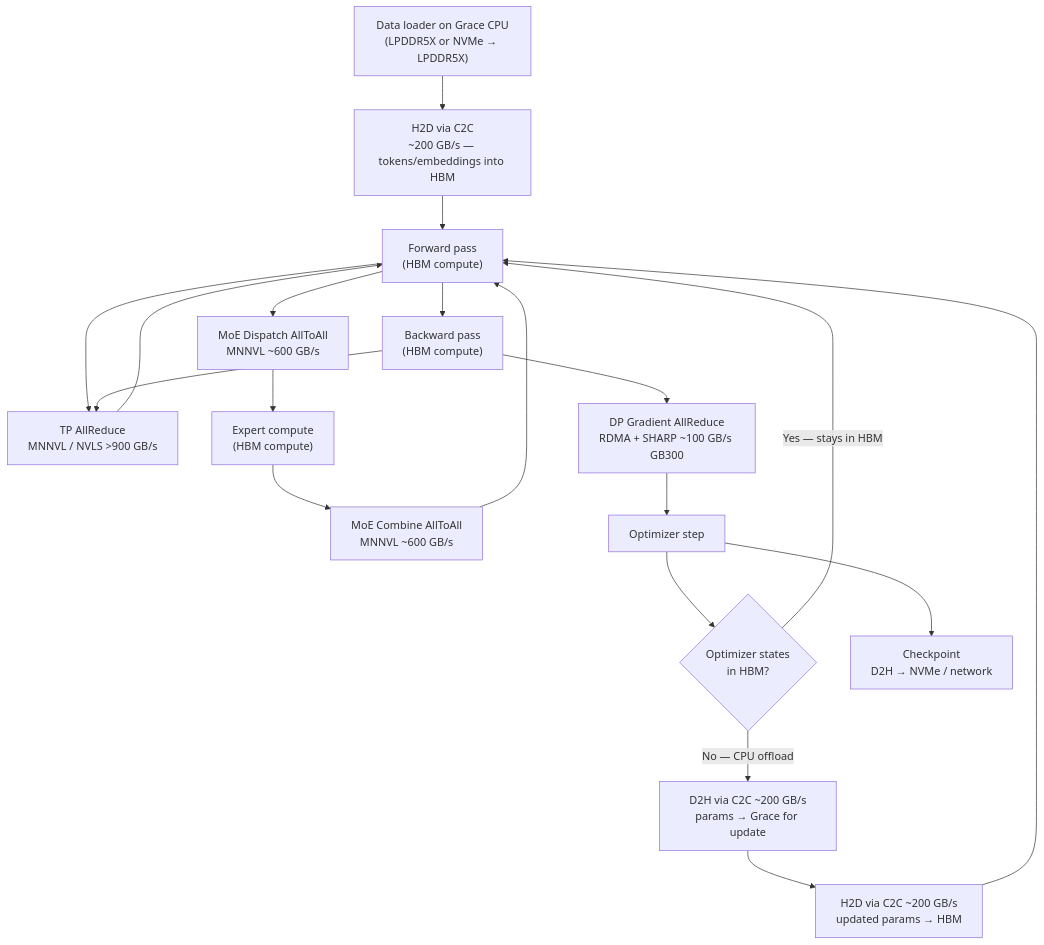
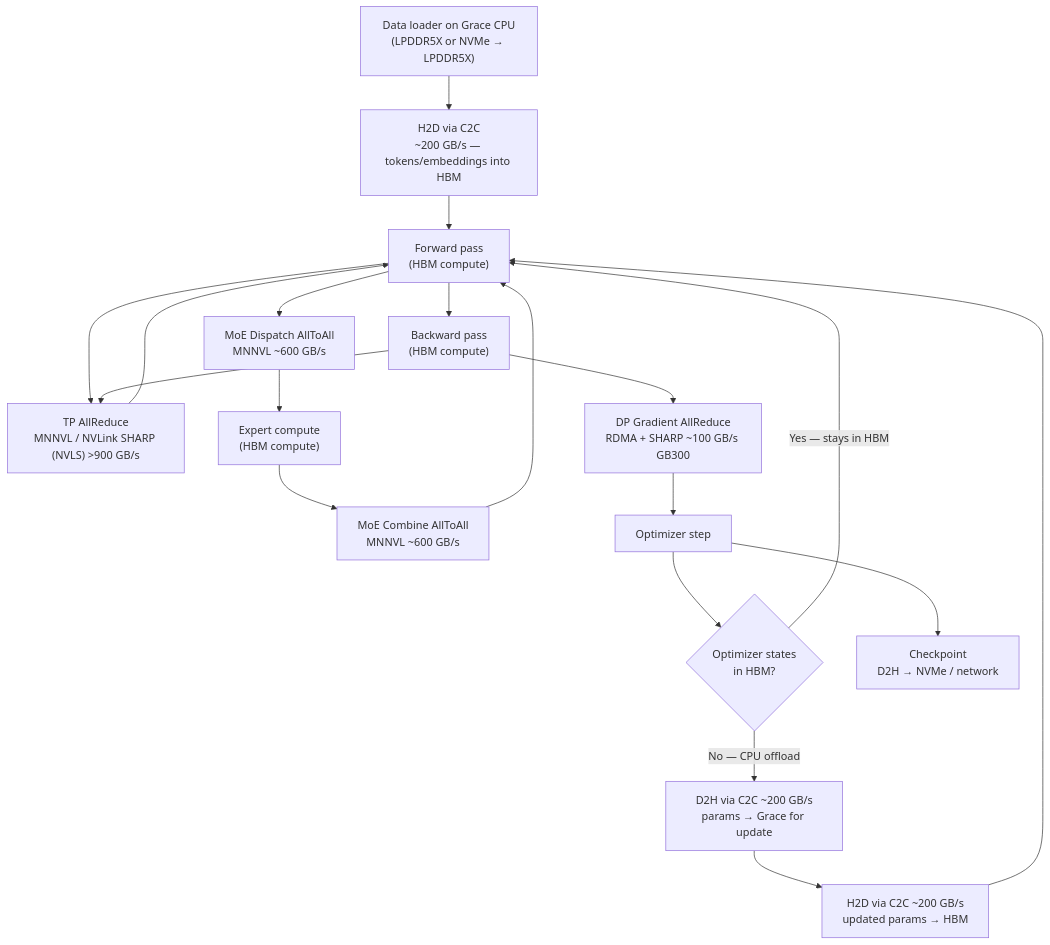
Diagram 11 of 11 in nvl72.md (dfwguy/validation), drawn with Mermaid before and after one commit. The commit also changed other lines of this file, not shown here.

Commit message:
Add PXN/rails note for AllToAll; spell out NVLink SHARP (NVLS) throughout

````diff
--- a/nvl72.md
+++ b/nvl72.md
@@ -643,28 +645,28 @@
 ```mermaid
 flowchart TD
     DL["Data loader on Grace CPU<br/>(LPDDR5X or NVMe → LPDDR5X)"]
     H2D["H2D via C2C<br/>~200 GB/s — tokens/embeddings into HBM"]
     FWD["Forward pass<br/>(HBM compute)"]
-    TP_AR["TP AllReduce<br/>MNNVL / NVLS >900 GB/s"]
+    TP_AR["TP AllReduce<br/>MNNVL / NVLink SHARP (NVLS) >900 GB/s"]
     EP_D["MoE Dispatch AllToAll<br/>MNNVL ~600 GB/s"]
     EXP["Expert compute<br/>(HBM compute)"]
     EP_C["MoE Combine AllToAll<br/>MNNVL ~600 GB/s"]
     BWD["Backward pass<br/>(HBM compute)"]
     DP_AR["DP Gradient AllReduce<br/>RDMA + SHARP ~100 GB/s GB300"]
     OPT["Optimizer step"]
     OFFLOAD{"Optimizer states<br/>in HBM?"}
     D2H["D2H via C2C ~200 GB/s<br/>params → Grace for update"]
     H2D2["H2D via C2C ~200 GB/s<br/>updated params → HBM"]
     CKPT["Checkpoint<br/>D2H → NVMe / network"]
 
     DL --> H2D --> FWD
     FWD --> TP_AR --> FWD
     FWD --> EP_D --> EXP --> EP_C --> FWD
     FWD --> BWD
     BWD --> TP_AR
     BWD --> DP_AR --> OPT
     OPT --> OFFLOAD
     OFFLOAD -->|"Yes — stays in HBM"| FWD
     OFFLOAD -->|"No — CPU offload"| D2H --> H2D2 --> FWD
     OPT --> CKPT
 ```
````
